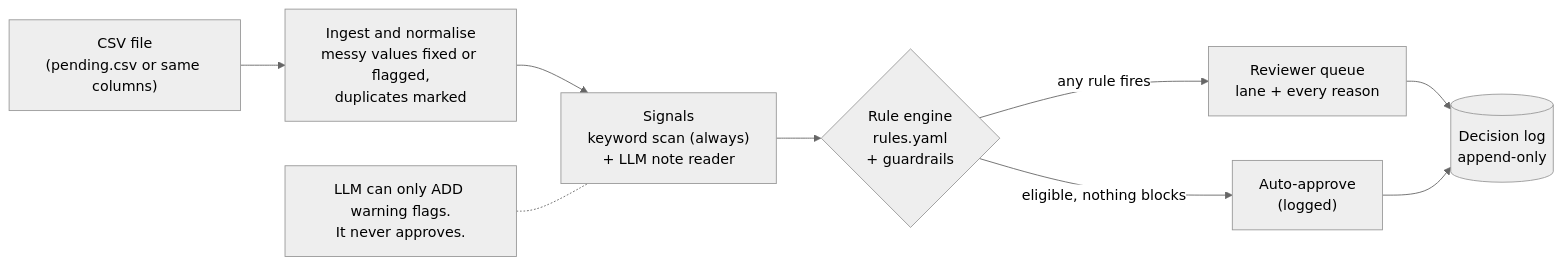
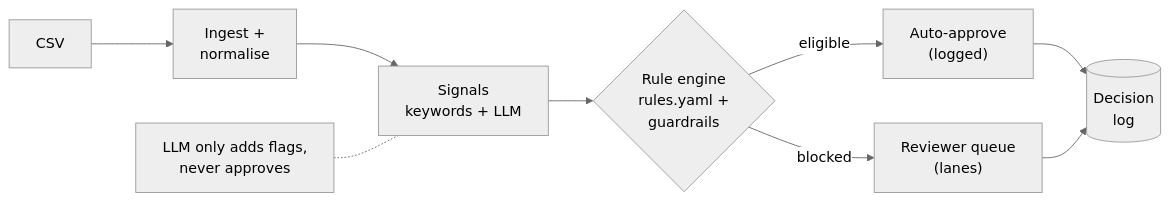
The first of 2 diagrams in README.md (amitoshita/refund-triage), drawn with Mermaid (neutral theme) before and after one commit. The commit also changed other lines of this file, not shown here.

Commit message:
README: shorter Mermaid labels so the diagrams read at GitHub's width

````diff
--- a/README.md
+++ b/README.md
@@ -40,11 +40,11 @@
 ```mermaid
 flowchart LR
-    csv["CSV file<br/>(pending.csv or same columns)"] --> ingest["Ingest and normalise<br/>messy values fixed or flagged,<br/>duplicates marked"]
-    ingest --> signals["Signals<br/>keyword scan (always)<br/>+ LLM note reader"]
-    signals --> engine{"Rule engine<br/>rules.yaml<br/>+ guardrails"}
-    engine -->|"eligible, nothing blocks"| auto["Auto-approve<br/>(logged)"]
-    engine -->|any rule fires| queue["Reviewer queue<br/>lane + every reason"]
-    queue --> log[("Decision log<br/>append-only")]
-    auto --> log
-    llmnote["LLM can only ADD warning flags.<br/>It never approves."] -.- signals
+    csv[CSV] --> ingest["Ingest +<br/>normalise"]
+    ingest --> signals["Signals<br/>keywords + LLM"]
+    signals --> engine{"Rule engine<br/>rules.yaml +<br/>guardrails"}
+    engine -->|eligible| auto["Auto-approve<br/>(logged)"]
+    engine -->|blocked| queue["Reviewer queue<br/>(lanes)"]
+    auto --> log[("Decision<br/>log")]
+    queue --> log
+    note["LLM only adds flags,<br/>never approves"] -.- signals
 ```
````
